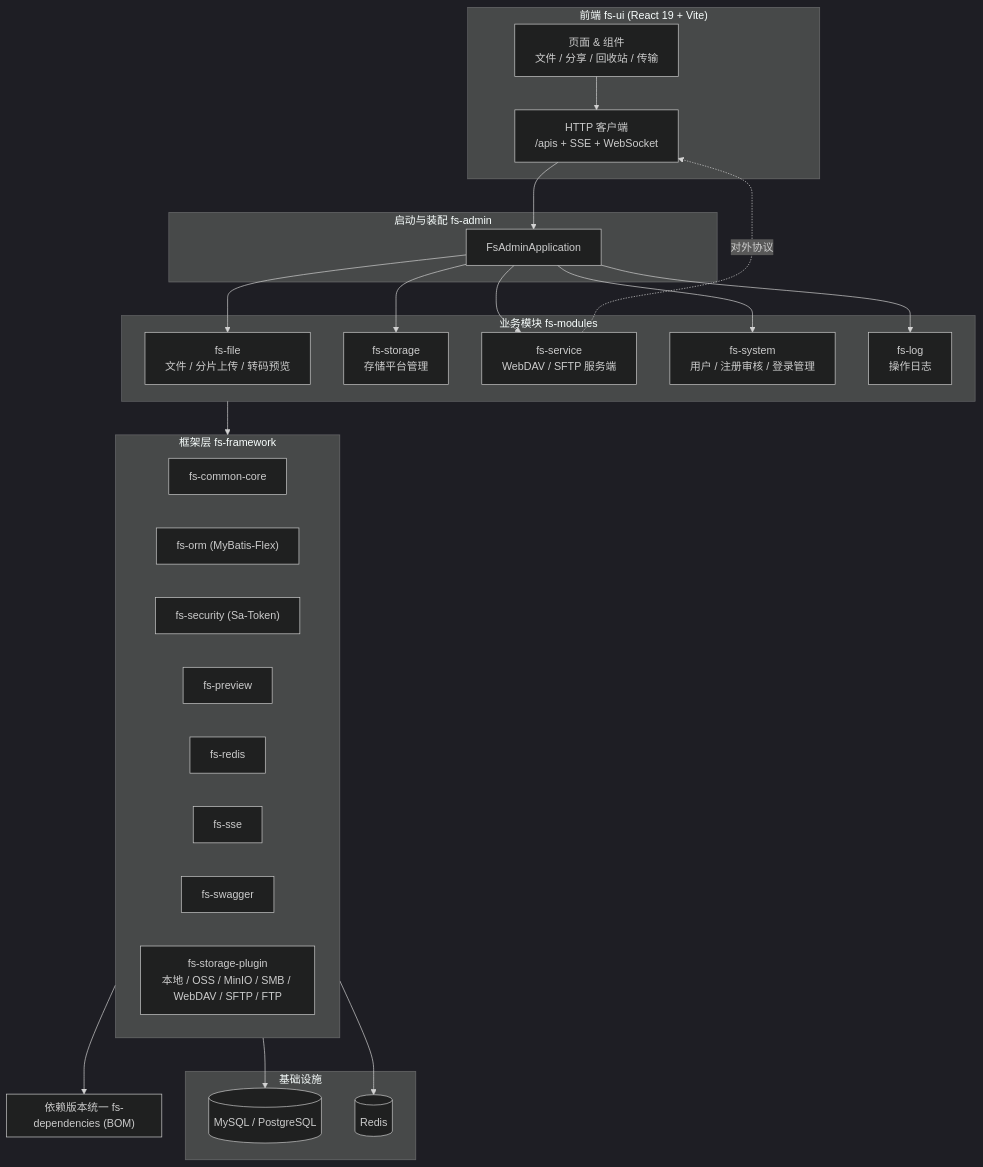
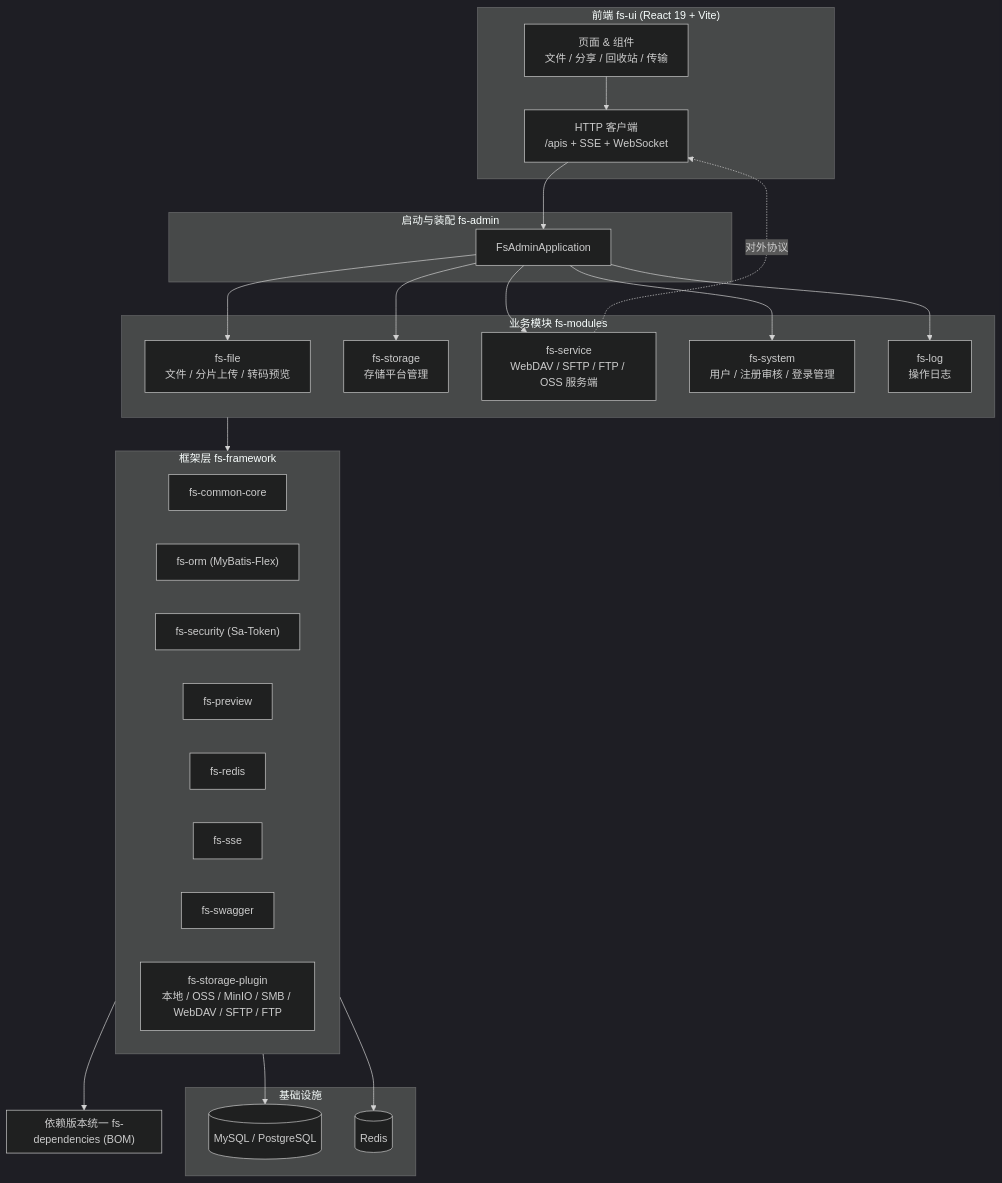
The diagram in README.md (guangheUlti/gfs), drawn with Mermaid (dark theme) before and after one commit. The commit also changed other lines of this file and 95 other files, not shown here.

````diff
--- a/README.md
+++ b/README.md
@@ -223,46 +224,46 @@
 ```mermaid
 flowchart TB
     subgraph UI["前端 fs-ui (React 19 + Vite)"]
         UI_PAGES["页面 & 组件<br/>文件 / 分享 / 回收站 / 传输"]
         UI_HTTP["HTTP 客户端<br/>/apis + SSE + WebSocket"]
     end
 
     subgraph ADMIN["启动与装配 fs-admin"]
         ADMIN_APP["FsAdminApplication"]
     end
 
     subgraph MODULES["业务模块 fs-modules"]
         FILE["fs-file<br/>文件 / 分片上传 / 转码预览"]
         STORAGE["fs-storage<br/>存储平台管理"]
-        SERVICE["fs-service<br/>WebDAV / SFTP 服务端"]
+        SERVICE["fs-service<br/>WebDAV / SFTP / FTP / OSS 服务端"]
         SYSTEM["fs-system<br/>用户 / 注册审核 / 登录管理"]
         LOG["fs-log<br/>操作日志"]
     end
 
     subgraph FRAMEWORK["框架层 fs-framework"]
         CORE["fs-common-core"]
         ORM["fs-orm (MyBatis-Flex)"]
         SECURITY["fs-security (Sa-Token)"]
         PREVIEW["fs-preview"]
         REDIS["fs-redis"]
         SSE["fs-sse"]
         SWAGGER["fs-swagger"]
         SPLUGIN["fs-storage-plugin<br/>本地 / OSS / MinIO / SMB / WebDAV / SFTP / FTP"]
     end
 
     subgraph INFRA["基础设施"]
         MYSQL[("MySQL / PostgreSQL")]
         REDIS_DB[("Redis")]
     end
 
     subgraph BOM["依赖版本统一 fs-dependencies (BOM)"]
     end
 
     UI_HTTP --> ADMIN_APP
     UI_PAGES --> UI_HTTP
 
     ADMIN_APP --> FILE & STORAGE & SERVICE & SYSTEM & LOG
     MODULES --> FRAMEWORK
     FRAMEWORK --> BOM & REDIS_DB & MYSQL
     SERVICE -. "对外协议" .-> UI_HTTP
 ```
````
